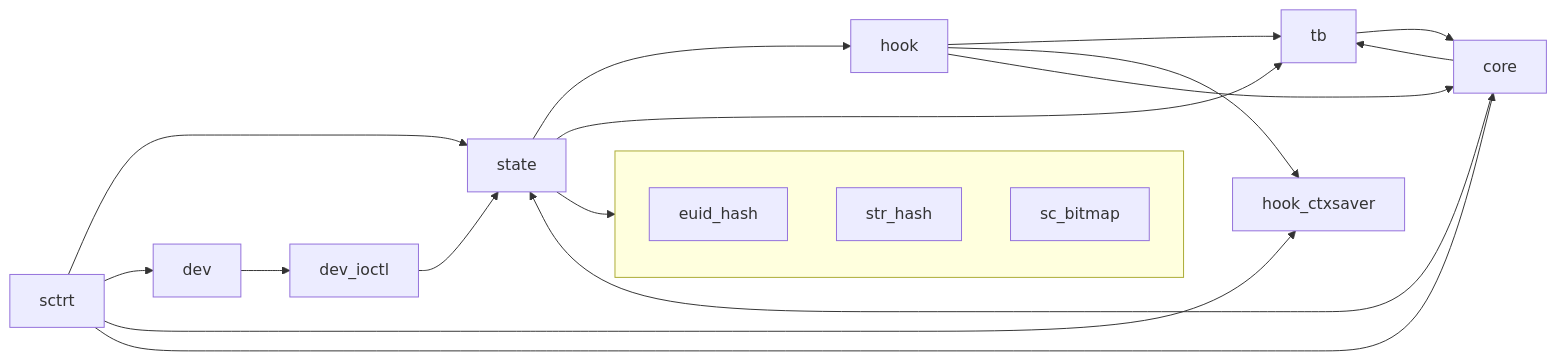
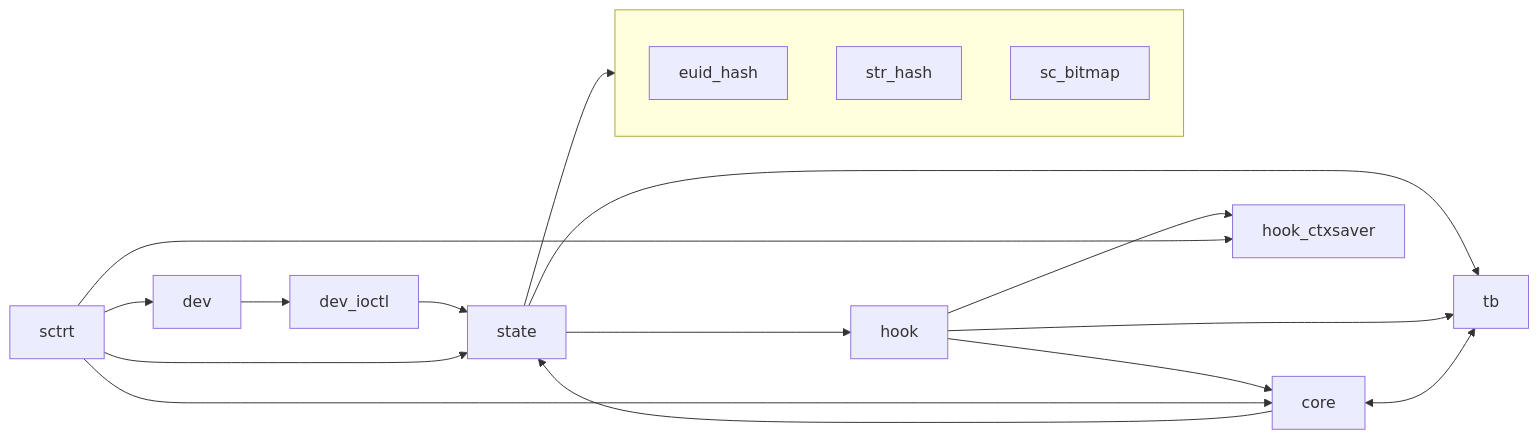
One commit to AlessandroFinocchi/SOA_sc_throttle_lkm changed the diagram in docs/architecture.md. Above: the diagram before and after it, drawn with Mermaid. The commit also changed 10 other files, not shown here.

````diff
--- a/docs/architecture.md
+++ b/docs/architecture.md
@@ -3,51 +3,48 @@
 ```mermaid
 flowchart LR
     %% Subgraph encapsulating the target data structures
     subgraph DS [ ]
         direction TB
         euid_hash[euid_hash]
         str_hash[str_hash]
         sc_bitmap[sc_bitmap]
     end
 
     %% Core state and logic components
     state_node[state]
     core[core]
     tb[tb]
     hook[hook]
     
     %% Device and IOCTL interfaces
     dev_ioctl[dev_ioctl]
     dev[dev]
     
     %% System Call Table and Hooking Context
     hook_ctxsaver[hook_ctxsaver]
     sctrt[sctrt]
 
     %% Edge Definitions (State)
     state_node --> DS
     state_node --> hook
     state_node --> tb
     
     %% Edge Definitions (Device IOCTL)
     dev_ioctl --> state_node
     dev --> dev_ioctl
     
     %% Edge Definitions (Hooks)
     hook --> tb
     hook --> hook_ctxsaver
     hook --> core
     
     %% Edge Definitions (Core)
     core --> state_node
-    core --> tb
+    core <--> tb
     
     %% Edge Definitions (System Call Table modifications)
     sctrt --> state_node
     sctrt --> dev
     sctrt --> hook_ctxsaver
     sctrt --> core
-    
-    %% Edge Definitions (Trace Buffer / TB)
-    tb --> core
 ```
````
